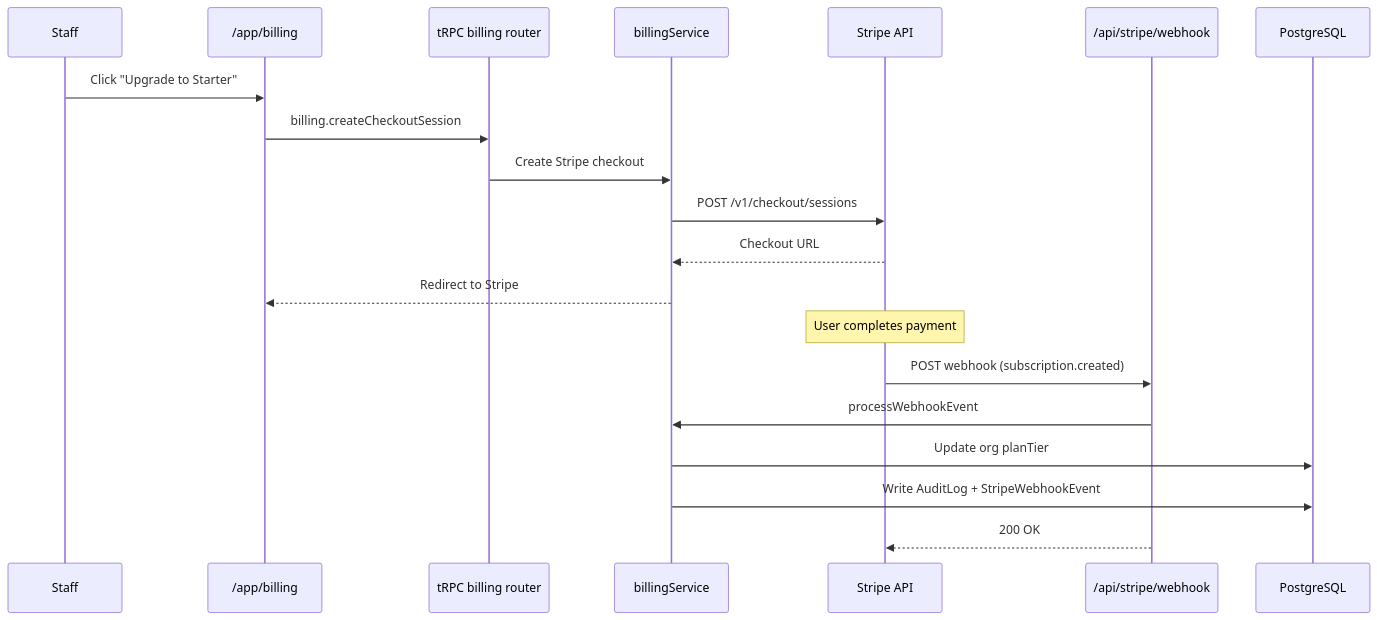
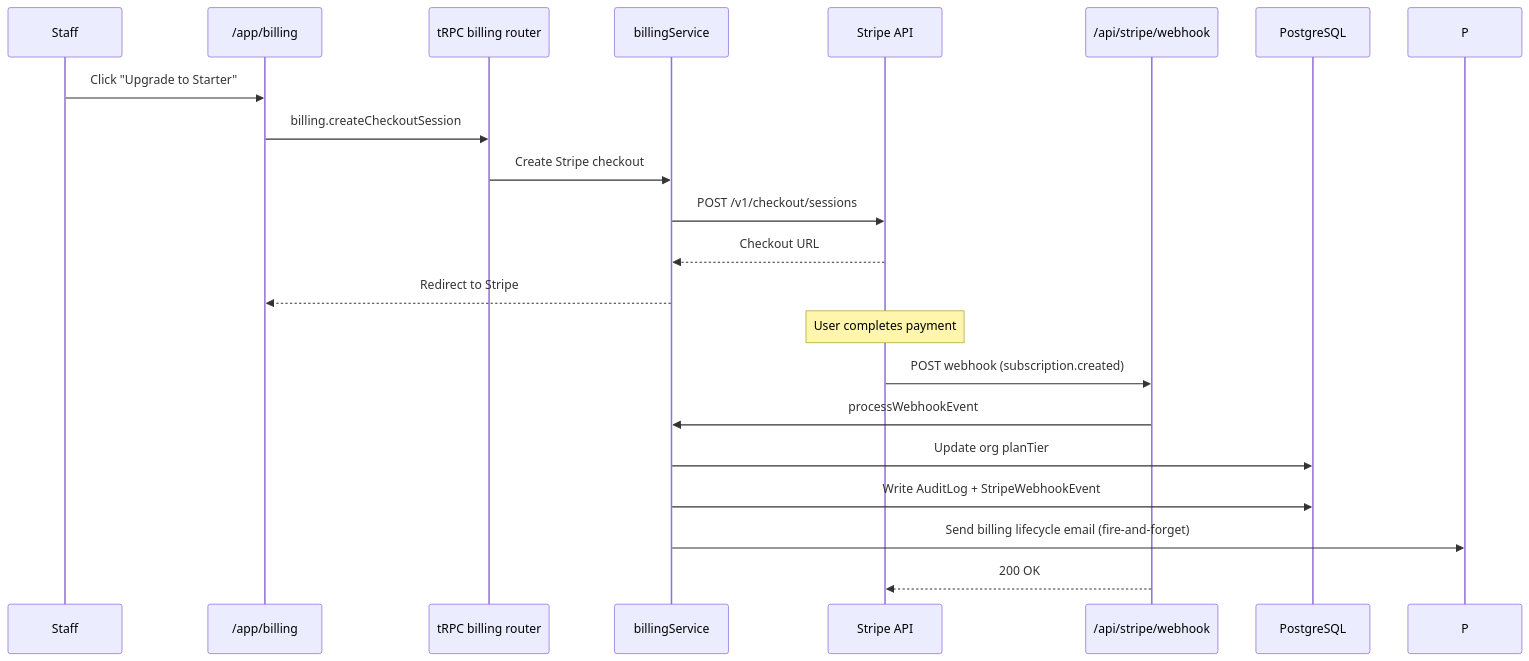
One commit to thehashrocket/volunteerready.org changed the ninth of 12 diagrams in docs/SYSTEM_DIAGRAM.md. Above: the diagram before and after it, drawn with Mermaid. The commit also changed other lines of this file and 76 other files, not shown here.

````diff
--- a/docs/SYSTEM_DIAGRAM.md
+++ b/docs/SYSTEM_DIAGRAM.md
@@ -401,25 +404,26 @@
 ```mermaid
 sequenceDiagram
     participant S as Staff
     participant UI as /app/billing
     participant T as tRPC billing router
     participant B as billingService
     participant ST as Stripe API
     participant W as /api/stripe/webhook
     participant DB as PostgreSQL
 
     S->>UI: Click "Upgrade to Starter"
     UI->>T: billing.createCheckoutSession
     T->>B: Create Stripe checkout
     B->>ST: POST /v1/checkout/sessions
     ST-->>B: Checkout URL
     B-->>UI: Redirect to Stripe
 
     Note over ST: User completes payment
 
     ST->>W: POST webhook (subscription.created)
     W->>B: processWebhookEvent
     B->>DB: Update org planTier
     B->>DB: Write AuditLog + StripeWebhookEvent
+    B->>P: Send billing lifecycle email (fire-and-forget)
     W-->>ST: 200 OK
 ```
````
